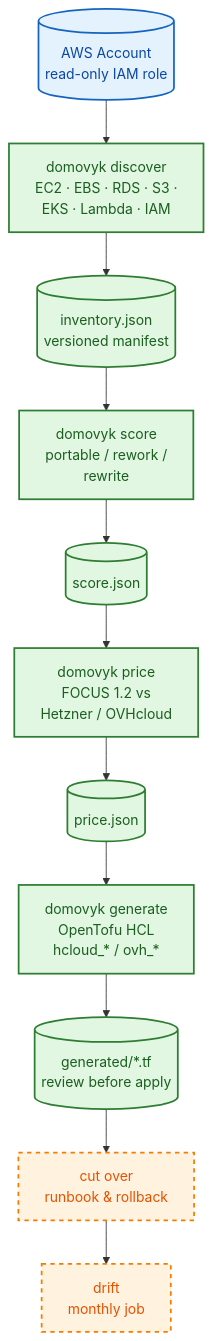
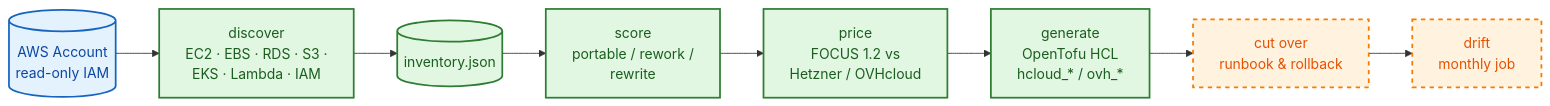
One commit to brusnyak/domovyk changed the diagram in README.md. Above: the diagram before and after it, drawn with Mermaid.

Commit message:
Shorten README architecture diagram
Condensed Mermaid architecture: single flow line, removed intermediate JSON nodes, shorter labels

````diff
--- a/README.md
+++ b/README.md
@@ -18,31 +18,21 @@
 ```mermaid
-flowchart TD
-    AWS[("AWS Account<br/>read-only IAM role")]:::input
-
-    Discover["domovyk discover<br/>EC2 · EBS · RDS · S3 ·<br/>EKS · Lambda · IAM"]:::implemented
-    Inventory[("inventory.json<br/>versioned manifest")]:::implemented
-
-    Score["domovyk score<br/>portable / rework /<br/>rewrite"]:::implemented
-    ScoreJSON[("score.json")]:::implemented
-
-    Price["domovyk price<br/>FOCUS 1.2 vs<br/>Hetzner / OVHcloud"]:::implemented
-    PriceJSON[("price.json")]:::implemented
-
-    Generate["domovyk generate<br/>OpenTofu HCL<br/>hcloud_* / ovh_*"]:::implemented
-    HCL[("generated/*.tf<br/>review before apply")]:::implemented
-
+flowchart LR
+    AWS[("AWS Account<br/>read-only IAM")]:::input
+    Discover["discover<br/>EC2 · EBS · RDS · S3 ·<br/>EKS · Lambda · IAM"]:::implemented
+    Inventory[("inventory.json")]:::implemented
+    Score["score<br/>portable / rework /<br/>rewrite"]:::implemented
+    Price["price<br/>FOCUS 1.2 vs<br/>Hetzner / OVHcloud"]:::implemented
+    Generate["generate<br/>OpenTofu HCL<br/>hcloud_* / ovh_*"]:::implemented
     Cutover["cut over<br/>runbook & rollback"]:::roadmap
     Operate["drift<br/>monthly job"]:::roadmap
 
-    AWS --> Discover --> Inventory --> Score --> ScoreJSON
-    ScoreJSON --> Price --> PriceJSON --> Generate --> HCL
-    HCL --> Cutover --> Operate
+    AWS --> Discover --> Inventory --> Score --> Price --> Generate --> Cutover --> Operate
 
     classDef implemented fill:#e1f7e1,stroke:#2e7d32,stroke-width:2px,color:#1b5e20
     classDef roadmap fill:#fff3e0,stroke:#f57c00,stroke-width:2px,color:#e65100,stroke-dasharray: 5 5
     classDef input fill:#e3f2fd,stroke:#1565c0,stroke-width:2px,color:#0d47a1
 
     class AWS input
-    class Discover,Inventory,Score,ScoreJSON,Price,PriceJSON,Generate,HCL implemented
+    class Discover,Inventory,Score,Price,Generate implemented
     class Cutover,Operate roadmap
 ```
````
